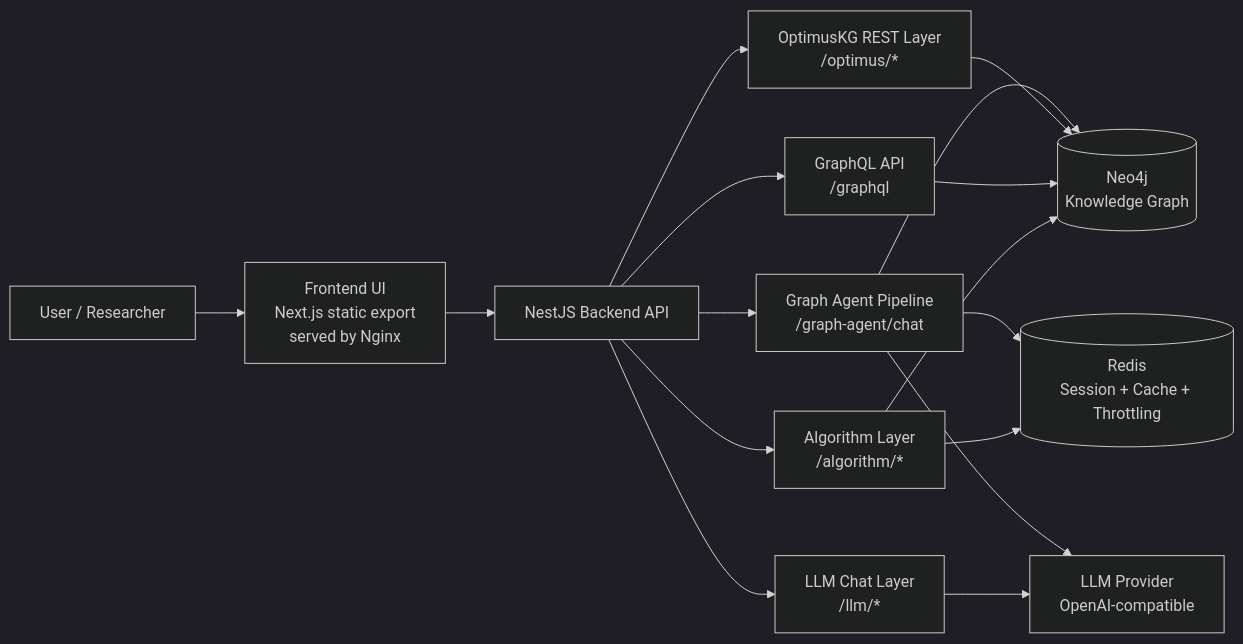
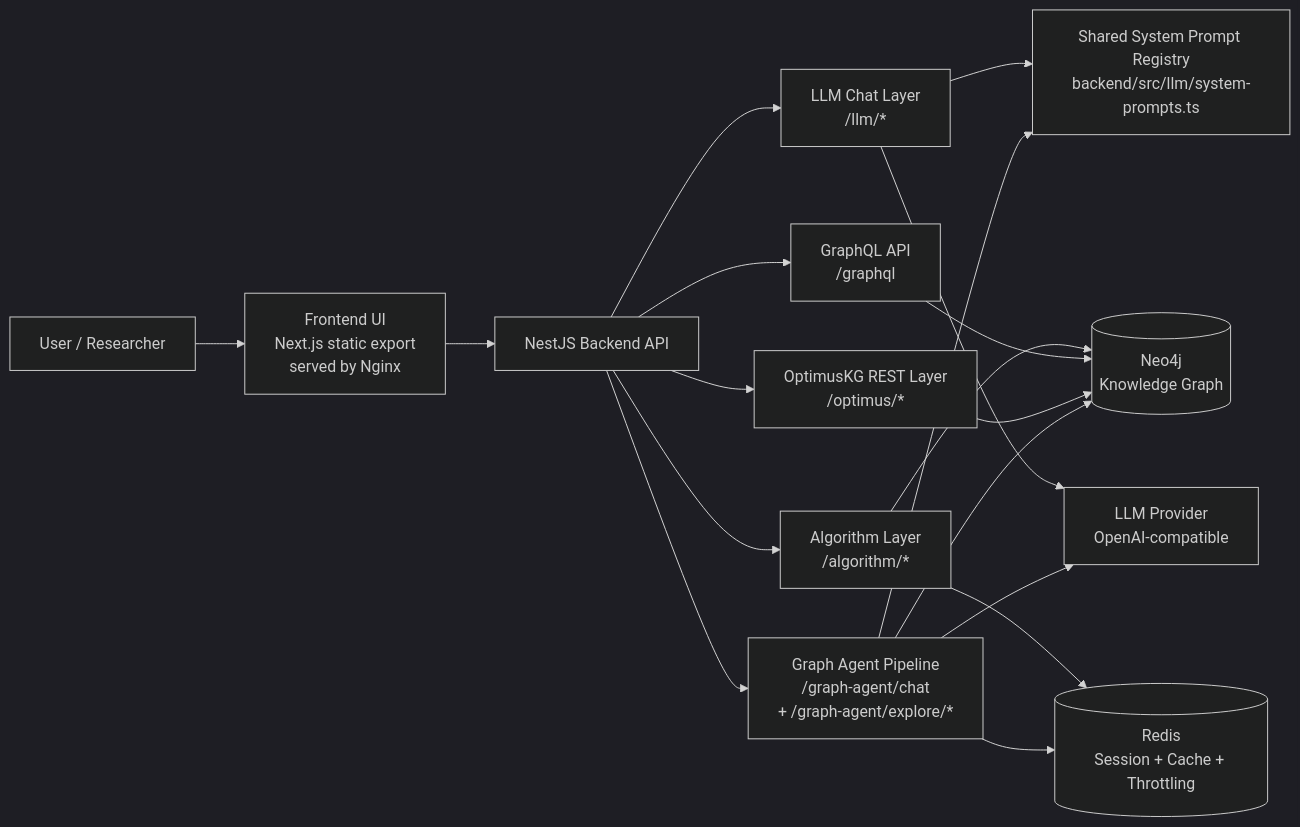
Before and after one commit to 23abdul23/OptimusPrime: the first of 2 diagrams in backend/architecture/CURRENT_ARCHITECTURE.md, drawn with Mermaid (dark theme). The commit also changed other lines of this file and 26 other files, not shown here.

Commit message:
feat: improvedd the llm explore page

````diff
--- a/backend/architecture/CURRENT_ARCHITECTURE.md
+++ b/backend/architecture/CURRENT_ARCHITECTURE.md
@@ -12,30 +12,33 @@
 ```mermaid
 flowchart LR
     U[User / Researcher]
     F[Frontend UI\nNext.js static export\nserved by Nginx]
     B[NestJS Backend API]
-    GA[Graph Agent Pipeline\n/graph-agent/chat]
+    GA[Graph Agent Pipeline\n/graph-agent/chat\n+ /graph-agent/explore/*]
     OKG[OptimusKG REST Layer\n/optimus/*]
     GQL[GraphQL API\n/graphql]
     LLM[LLM Chat Layer\n/llm/*]
+    SPR[Shared System Prompt Registry\nbackend/src/llm/system-prompts.ts]
     ALG[Algorithm Layer\n/algorithm/*]
     N[(Neo4j\nKnowledge Graph)]
     R[(Redis\nSession + Cache + Throttling)]
     M[LLM Provider\nOpenAI-compatible]
 
     U --> F
     F --> B
     B --> GA
     B --> OKG
     B --> GQL
     B --> LLM
     B --> ALG
+    GA --> SPR
+    LLM --> SPR
     GA --> N
     GA --> R
     GA --> M
     OKG --> N
     GQL --> N
     ALG --> N
     ALG --> R
     LLM --> M
 ```
````
